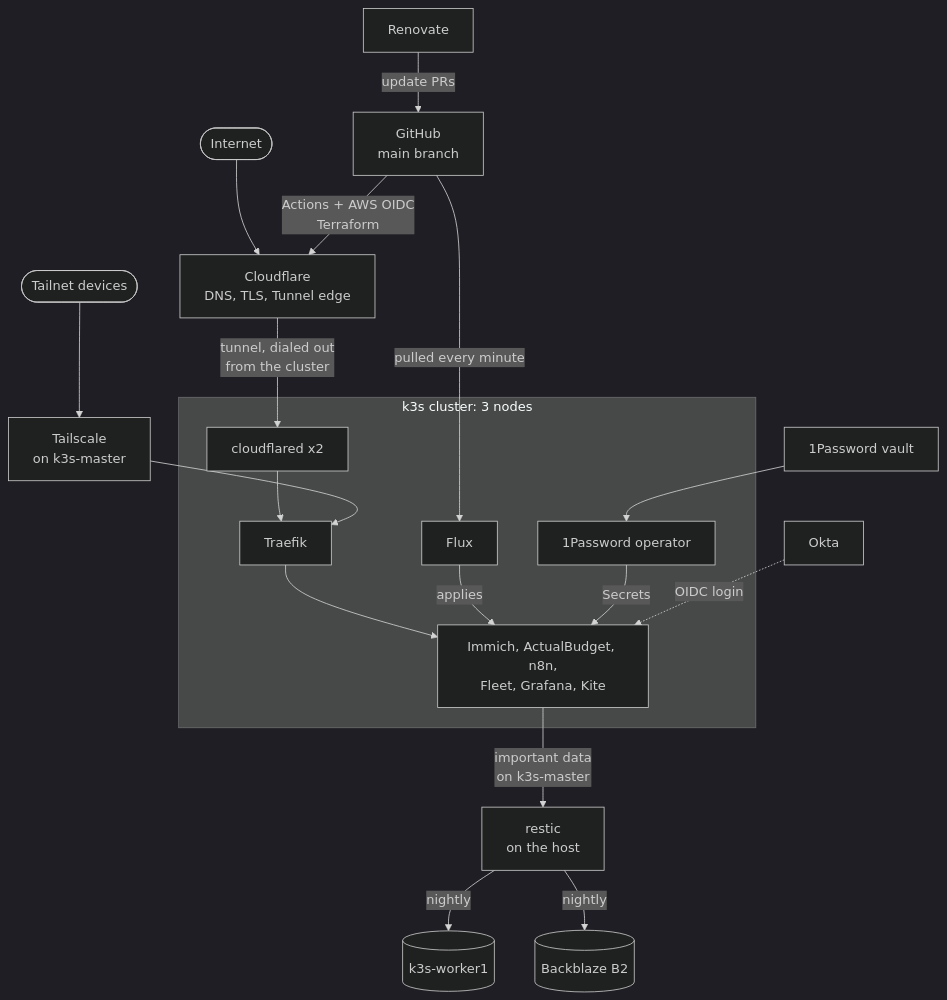
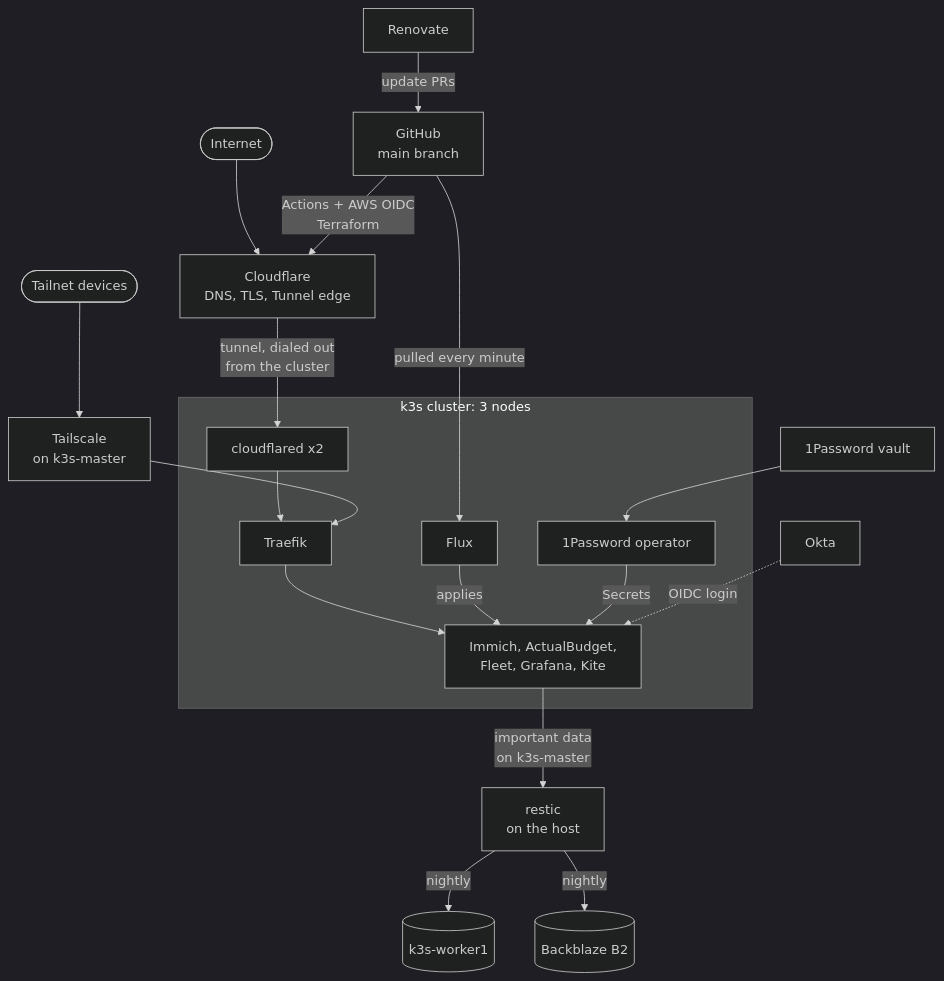
The diagram in README.md (yuandrk/homelabops), drawn with Mermaid (dark theme) before and after one commit. The commit also changed other lines of this file and 20 other files, not shown here.

````diff
--- a/README.md
+++ b/README.md
@@ -29,24 +29,24 @@
 ```mermaid
 flowchart TB
     internet(["Internet"]) --> cf["Cloudflare<br/>DNS, TLS, Tunnel edge"]
     tailnet(["Tailnet devices"]) --> ts["Tailscale<br/>on k3s-master"]
     renovate["Renovate"] -->|"update PRs"| repo["GitHub<br/>main branch"]
     repo -->|"Actions + AWS OIDC<br/>Terraform"| cf
 
     subgraph cluster["k3s cluster: 3 nodes"]
         cfd["cloudflared x2"] --> traefik["Traefik"]
-        traefik --> apps["Immich, ActualBudget, n8n,<br/>Fleet, Grafana, Kite"]
+        traefik --> apps["Immich, ActualBudget,<br/>Fleet, Grafana, Kite"]
         flux["Flux"] -->|"applies"| apps
         operator["1Password operator"] -->|"Secrets"| apps
     end
 
     cf -->|"tunnel, dialed out<br/>from the cluster"| cfd
     ts --> traefik
     repo -->|"pulled every minute"| flux
     vault["1Password vault"] --> operator
     okta["Okta"] -.->|"OIDC login"| apps
 
     apps -->|"important data<br/>on k3s-master"| restic["restic<br/>on the host"]
     restic -->|"nightly"| local[("k3s-worker1")]
     restic -->|"nightly"| b2[("Backblaze B2")]
 ```
````
